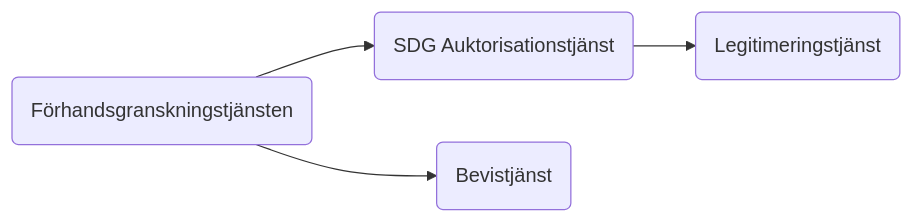
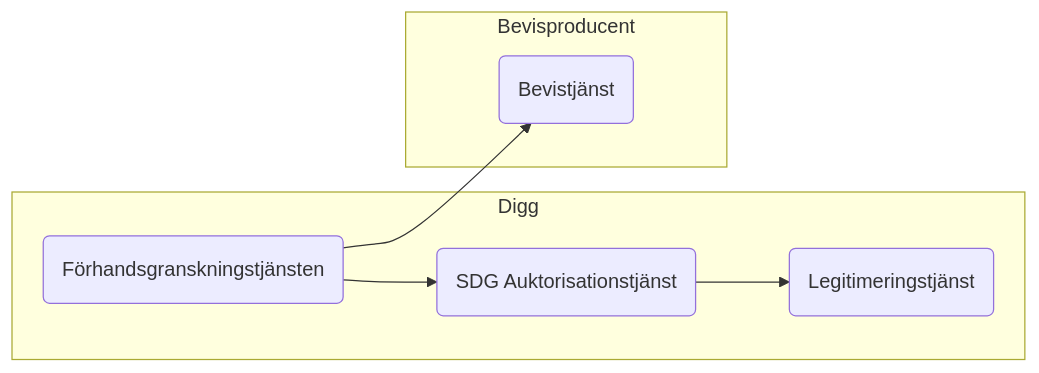
One commit to diggsweden/sdg-intermediation-se changed the first of 2 diagrams in README.md. Above: the diagram before and after it, drawn with Mermaid. The commit also changed other lines of this file, not shown here.

Commit message:
Uppdatering av beskrivningar för bevisdelning

````diff
--- a/README.md
+++ b/README.md
@@ -7,6 +7,10 @@
 ```mermaid
 flowchart LR
-    FGT(Förhandsgranskningstjänsten)-->AT(SDG Auktorisationstjänst)
-    AT-->LT(Legitimeringstjänst)
-    FGT-->BT(Bevistjänst)
+    subgraph Digg
+        FGT(Förhandsgranskningstjänsten)-->AT(SDG Auktorisationstjänst)
+        AT-->LT(Legitimeringstjänst)
+    end
+    subgraph Bevisproducent
+        FGT-->BT(Bevistjänst)
+    end
 ```
````
